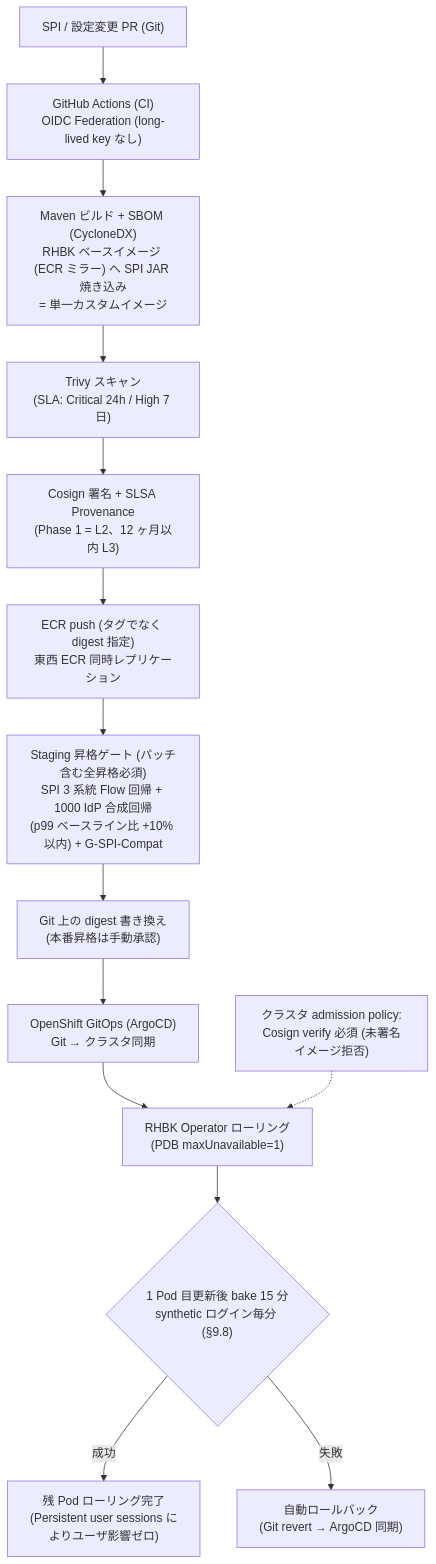
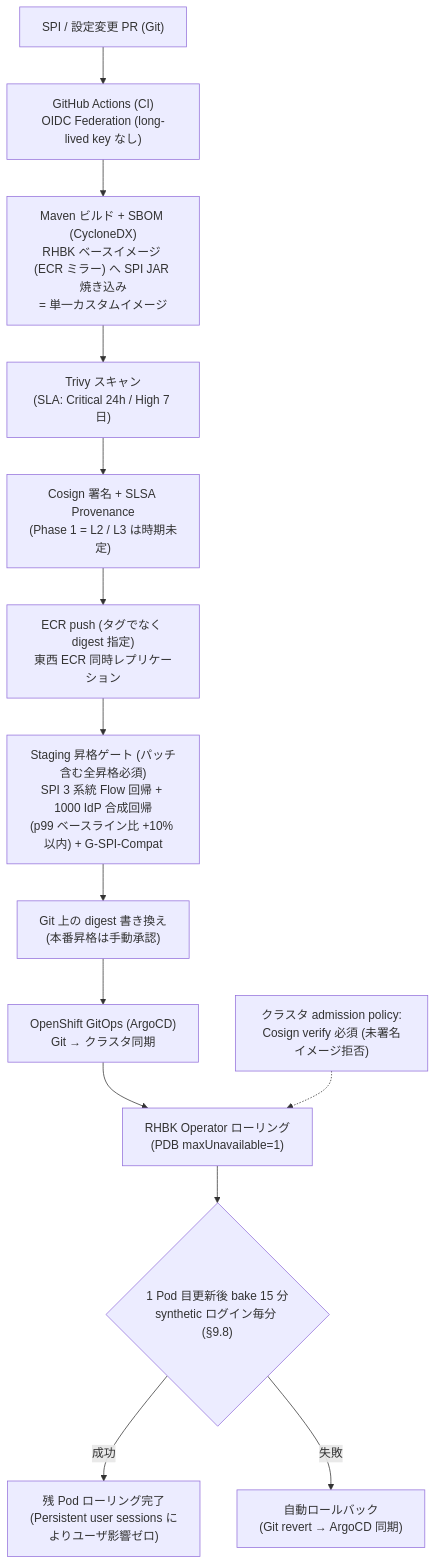
Before and after one commit to suepie/aws-atuh-poc: the second of 3 diagrams in doc/basic-design/09-operations-observability-design.md, drawn with Mermaid. The commit also changed other lines of this file and 2 other files, not shown here.

First line of the commit message:
SLSA L3 の「12 ヶ月以内」を「達成時期は未確定」へ是正（対外表明の規律の適用）

````diff
--- a/doc/basic-design/09-operations-observability-design.md
+++ b/doc/basic-design/09-operations-observability-design.md
@@ -458,16 +458,16 @@
 ```mermaid
 flowchart TB
     PR["SPI / 設定変更 PR (Git)"] --> CI["GitHub Actions (CI)<br/>OIDC Federation (long-lived key なし)"]
     CI --> BLD["Maven ビルド + SBOM (CycloneDX)<br/>RHBK ベースイメージ (ECR ミラー) へ SPI JAR 焼き込み<br/>= 単一カスタムイメージ"]
     BLD --> SCAN["Trivy スキャン<br/>(SLA: Critical 24h / High 7 日)"]
-    SCAN --> SIGN["Cosign 署名 + SLSA Provenance<br/>(Phase 1 = L2、12 ヶ月以内 L3)"]
+    SCAN --> SIGN["Cosign 署名 + SLSA Provenance<br/>(Phase 1 = L2 / L3 は時期未定)"]
     SIGN --> ECR["ECR push (タグでなく digest 指定)<br/>東西 ECR 同時レプリケーション"]
     ECR --> STG["Staging 昇格ゲート (パッチ含む全昇格必須)<br/>SPI 3 系統 Flow 回帰 + 1000 IdP 合成回帰<br/>(p99 ベースライン比 +10% 以内) + G-SPI-Compat"]
     STG --> GIT["Git 上の digest 書き換え<br/>(本番昇格は手動承認)"]
     GIT --> CD["OpenShift GitOps (ArgoCD)<br/>Git → クラスタ同期"]
     CD --> OP["RHBK Operator ローリング<br/>(PDB maxUnavailable=1)"]
     ADM["クラスタ admission policy:<br/>Cosign verify 必須 (未署名イメージ拒否)"] -.-> OP
     OP --> BAKE{"1 Pod 目更新後 bake 15 分<br/>synthetic ログイン毎分 (§9.8)"}
     BAKE -->|"成功"| ROLL["残 Pod ローリング完了<br/>(Persistent user sessions によりユーザ影響ゼロ)"]
     BAKE -->|"失敗"| RB["自動ロールバック<br/>(Git revert → ArgoCD 同期)"]
 ```
````
